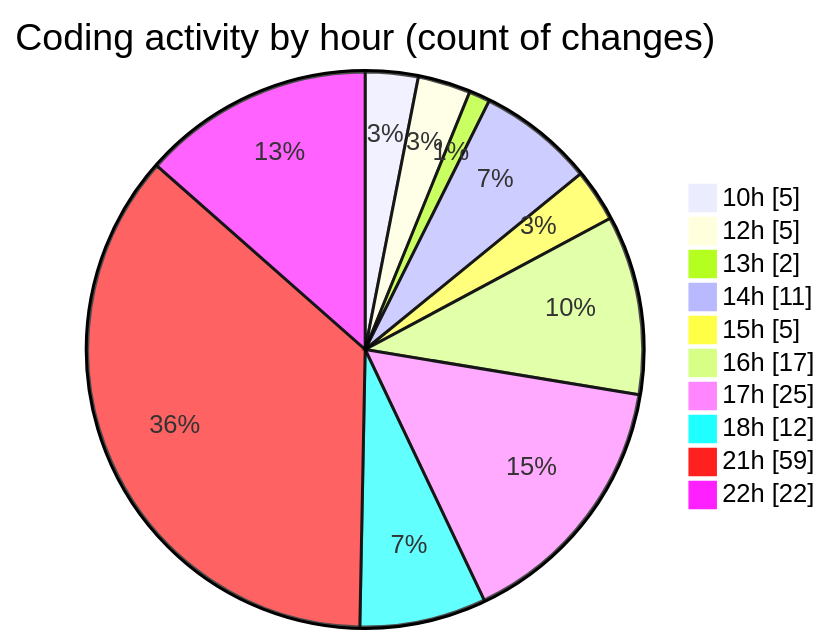
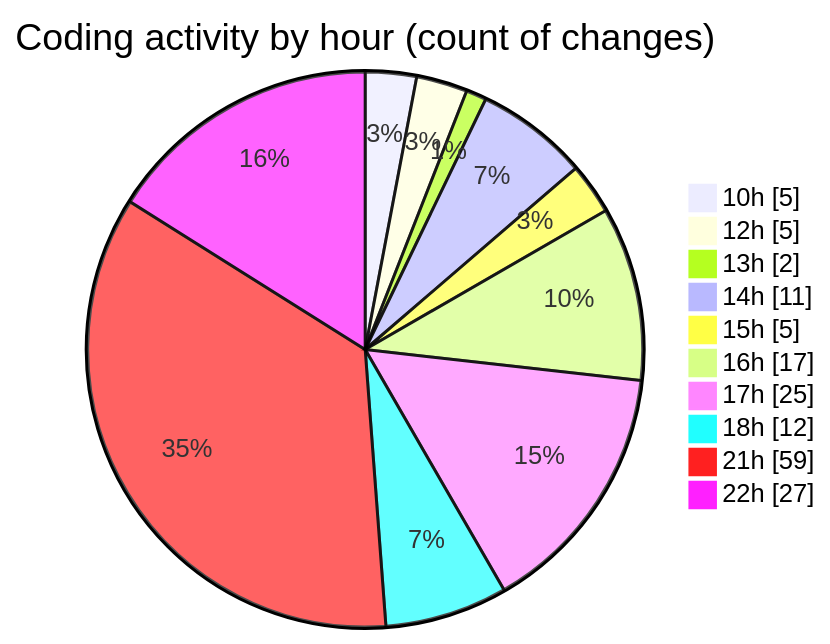
One commit to Ritupan-Deka/code-tracking changed the second of 2 diagrams in 2025-07-07/urlwebwala_intership_work/README.md. Above: the diagram before and after it, drawn with Mermaid. The commit also changed other lines of this file and 1 other file, not shown here.

````diff
--- a/2025-07-07/urlwebwala_intership_work/README.md
+++ b/2025-07-07/urlwebwala_intership_work/README.md
@@ -34,14 +34,14 @@
 ```mermaid
 pie showData
 title Coding activity by hour (count of changes)
 "10h" : 5
 "12h" : 5
 "13h" : 2
 "14h" : 11
 "15h" : 5
 "16h" : 17
 "17h" : 25
 "18h" : 12
 "21h" : 59
-"22h" : 22
+"22h" : 27
 ```
````
